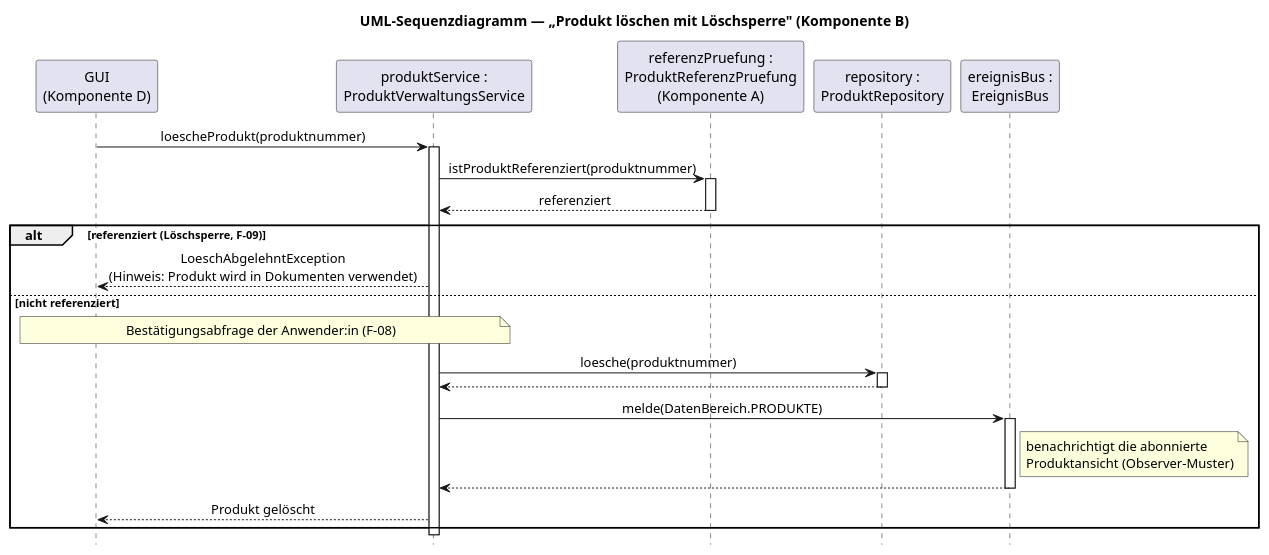
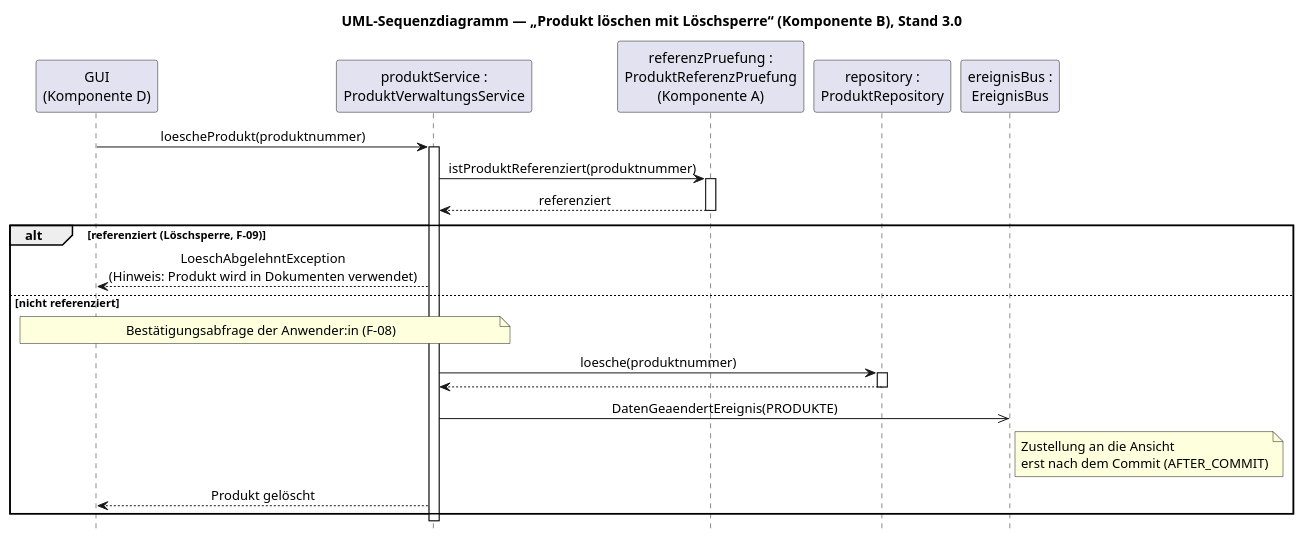
One commit to lucasstrubel/faktura changed the diagram in dokumentation/diagramme/sequenz_produkt_loeschen.puml. Above: the diagram before and after it, drawn with PlantUML. The commit also changed 39 other files, not shown here.

```diff
--- a/dokumentation/diagramme/sequenz_produkt_loeschen.puml
+++ b/dokumentation/diagramme/sequenz_produkt_loeschen.puml
@@ -1,43 +1,40 @@
 @startuml sequenz_produkt_loeschen
 ' UML-Sequenzdiagramm "Produkt löschen mit Löschsperre" (Pflichtenheft Teil B, Abschnitt 7.2)
 ' Ablauf gemäß ProduktVerwaltungsService.loescheProdukt(produktnummer).
 
 skinparam shadowing false
 skinparam sequenceMessageAlign center
 hide footbox
 
-title UML-Sequenzdiagramm — „Produkt löschen mit Löschsperre" (Komponente B)
+title UML-Sequenzdiagramm — „Produkt löschen mit Löschsperre“ (Komponente B), Stand 3.0
 
 participant "GUI\n(Komponente D)" as GUI
 participant "produktService :\nProduktVerwaltungsService" as PVS
 participant "referenzPruefung :\nProduktReferenzPruefung\n(Komponente A)" as RP
 participant "repository :\nProduktRepository" as REPO
 participant "ereignisBus :\nEreignisBus" as EB
 
 GUI -> PVS : loescheProdukt(produktnummer)
 activate PVS
 
 PVS -> RP : istProduktReferenziert(produktnummer)
 activate RP
 RP --> PVS : referenziert
 deactivate RP
 
 alt referenziert (Löschsperre, F-09)
   PVS --> GUI : LoeschAbgelehntException\n(Hinweis: Produkt wird in Dokumenten verwendet)
 else nicht referenziert
   note over GUI, PVS : Bestätigungsabfrage der Anwender:in (F-08)
   PVS -> REPO : loesche(produktnummer)
   activate REPO
   REPO --> PVS
   deactivate REPO
-  PVS -> EB : melde(DatenBereich.PRODUKTE)
-  activate EB
-  note right of EB : benachrichtigt die abonnierte\nProduktansicht (Observer-Muster)
-  EB --> PVS
-  deactivate EB
+  PVS ->> EB : DatenGeaendertEreignis(PRODUKTE)
+  note right of EB : Zustellung an die Ansicht\nerst nach dem Commit (AFTER_COMMIT)
   PVS --> GUI : Produkt gelöscht
 end
 
 deactivate PVS
 
 @enduml
```
